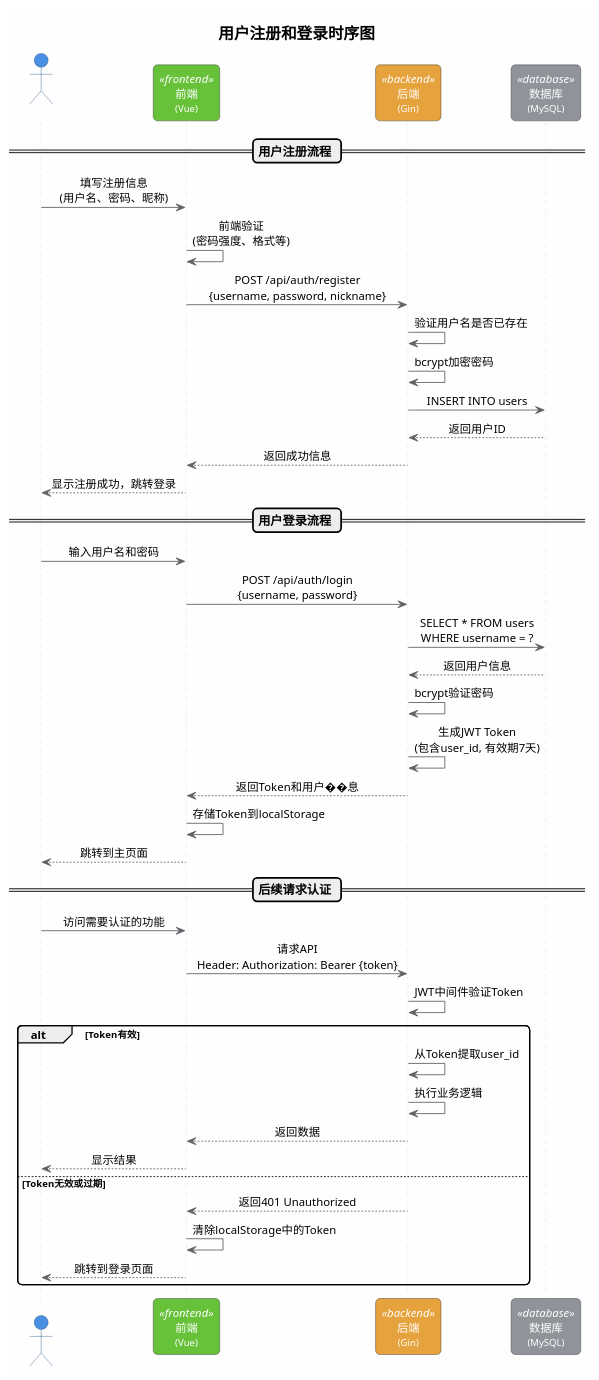
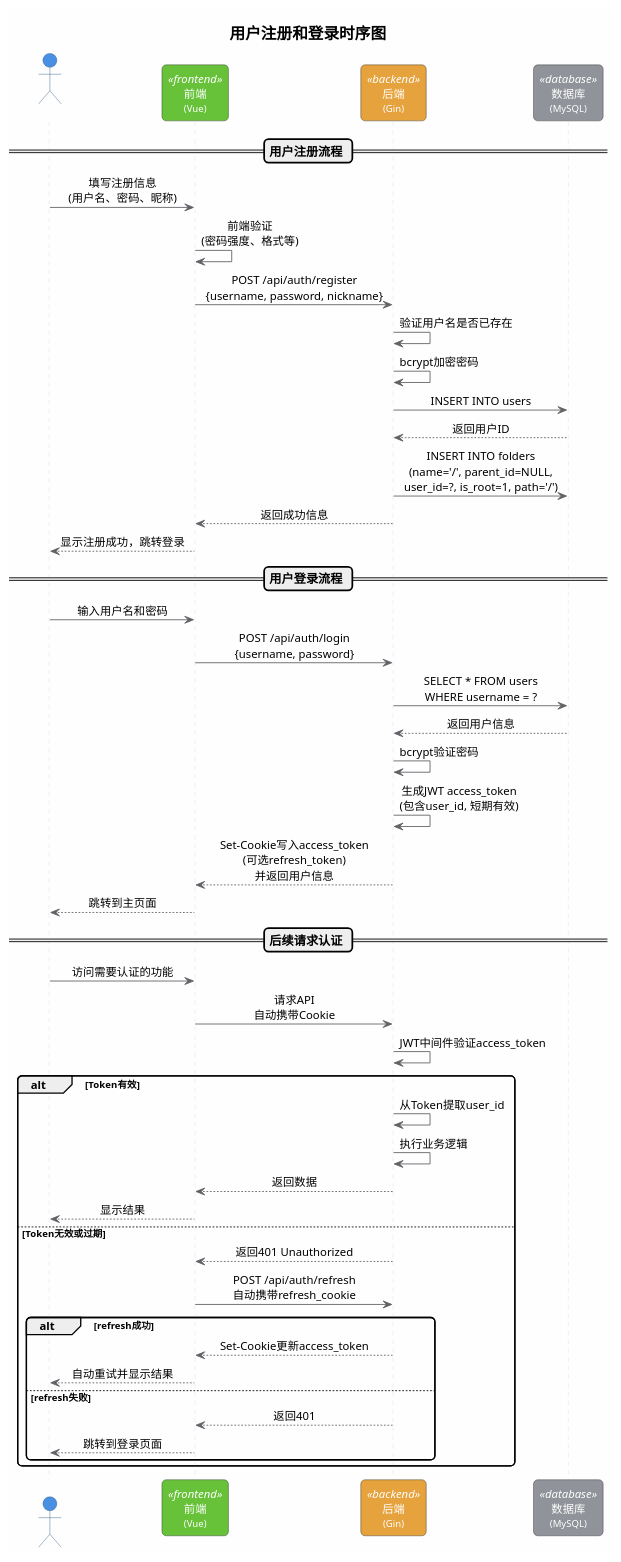
One commit to weiguangshuai/mCloud changed the first of 6 diagrams in doc/sequence-diagrams.puml. Above: the diagram before and after it, drawn with PlantUML. The commit also changed other lines of this file and 6 other files, not shown here.

```diff
--- a/doc/sequence-diagrams.puml
+++ b/doc/sequence-diagrams.puml
@@ -1,88 +1,94 @@
 @startuml 用户注册登录流程
 
 '样式配置
 skinparam backgroundColor #FEFEFE
 skinparam sequenceMessageAlign center
 skinparam roundcorner 10
 skinparam shadowing false
 
 skinparam actor {
     BackgroundColor #4A90E2
     BorderColor #2E5C8A
     FontColor White
     FontSize 14
 }
 
 skinparam participant {
     BackgroundColor<<frontend>> #67C23A
     BackgroundColor<<backend>> #E6A23C
     BackgroundColor<<database>> #909399
     BackgroundColor<<cache>> #F56C6C
     BackgroundColor<<storage>> #409EFF
     BorderColor #333333
     FontColor White
     FontSize 13
 }
 
 skinparam sequence {
     ArrowColor #606266
     LifeLineBorderColor #DCDFE6
     LifeLineBackgroundColor #F2F6FC
     BoxBackgroundColor #ECF5FF
     BoxBorderColor #409EFF
 }
 
 skinparam note {
     BackgroundColor #FFF9E6
     BorderColor #E6A23C
     FontSize 11
 }
 
 title <size:18><b>用户注册和登录时序图</b></size>
 
 actor 用户 as User
 participant "  前端  \n<size:11>(Vue)</size>" as Frontend <<frontend>>
 participant "  后端  \n<size:11>(Gin)</size>" as Backend <<backend>>
 participant "  数据库  \n<size:11>(MySQL)</size>" as DB <<database>>
 
 == <b><size:14>用户注册流程</size></b> ==
 
 User -> Frontend: 填写注册信息\n(用户名、密码、昵称)
 Frontend -> Frontend: 前端验证\n(密码强度、格式等)
 Frontend -> Backend: POST /api/auth/register\n{username, password, nickname}
 Backend -> Backend: 验证用户名是否已存在
 Backend -> Backend: bcrypt加密密码
 Backend -> DB: INSERT INTO users
 DB --> Backend: 返回用户ID
+Backend -> DB: INSERT INTO folders\n(name='/', parent_id=NULL,\nuser_id=?, is_root=1, path='/')
 Backend --> Frontend: 返回成功信息
 Frontend --> User: 显示注册成功，跳转登录
 
 == <b><size:14>用户登录流程</size></b> ==
 
 User -> Frontend: 输入用户名和密码
 Frontend -> Backend: POST /api/auth/login\n{username, password}
 Backend -> DB: SELECT * FROM users\nWHERE username = ?
 DB --> Backend: 返回用户信息
 Backend -> Backend: bcrypt验证密码
-Backend -> Backend: 生成JWT Token\n(包含user_id, 有效期7天)
-Backend --> Frontend: 返回Token和用户��息
-Frontend -> Frontend: 存储Token到localStorage
+Backend -> Backend: 生成JWT access_token\n(包含user_id, 短期有效)
+Backend --> Frontend: Set-Cookie写入access_token\n(可选refresh_token)\n并返回用户信息
 Frontend --> User: 跳转到主页面
 
 == <b><size:14>后续请求认证</size></b> ==
 
 User -> Frontend: 访问需要认证的功能
-Frontend -> Backend: 请求API\nHeader: Authorization: Bearer {token}
-Backend -> Backend: JWT中间件验证Token
+Frontend -> Backend: 请求API\n自动携带Cookie
+Backend -> Backend: JWT中间件验证access_token
 alt Token有效
     Backend -> Backend: 从Token提取user_id
     Backend -> Backend: 执行业务逻辑
     Backend --> Frontend: 返回数据
     Frontend --> User: 显示结果
 else Token无效或过期
     Backend --> Frontend: 返回401 Unauthorized
-    Frontend -> Frontend: 清除localStorage中的Token
-    Frontend --> User: 跳转到登录页面
+    Frontend -> Backend: POST /api/auth/refresh\n自动携带refresh_cookie
+    alt refresh成功
+        Backend --> Frontend: Set-Cookie更新access_token
+        Frontend --> User: 自动重试并显示结果
+    else refresh失败
+        Backend --> Frontend: 返回401
+        Frontend --> User: 跳转到登录页面
+    end
 end
 
 @enduml
```
